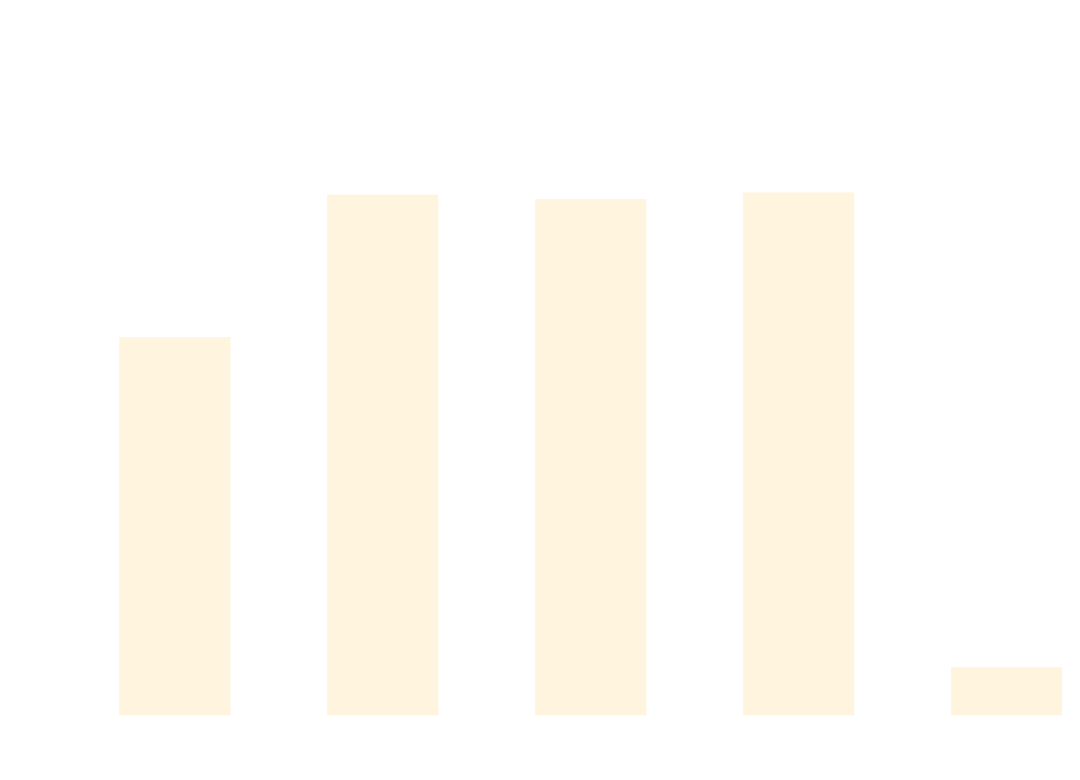
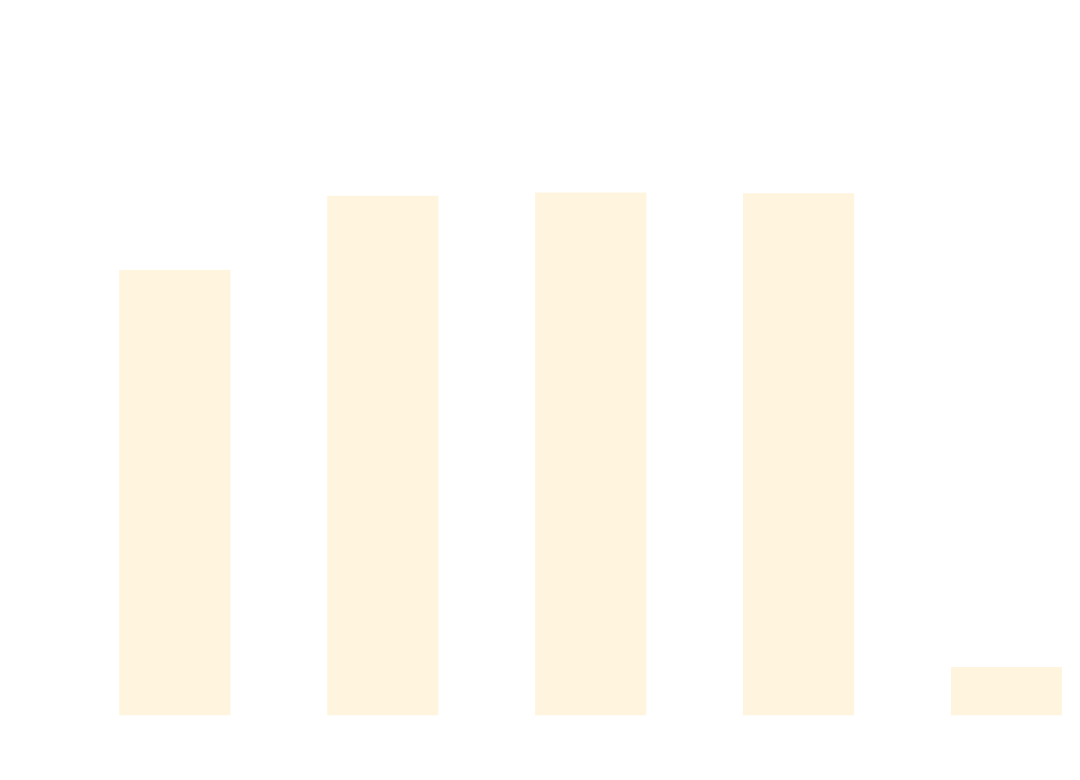
The diagram in docs/docs/benchmarks/ScaleTests.md (thomhurst/TUnit), drawn with Mermaid before and after one commit. The commit also changed other lines of this file and 17 other files, not shown here.

````diff
--- a/docs/docs/benchmarks/ScaleTests.md
+++ b/docs/docs/benchmarks/ScaleTests.md
@@ -27,37 +27,37 @@
 ```mermaid
 %%{init: {
   'theme':'base',
   'themeVariables': {
     'primaryColor': '#2563eb',
     'primaryTextColor': '#ffffff',
     'primaryBorderColor': '#1e40af',
     'lineColor': '#6b7280',
     'secondaryColor': '#7c3aed',
     'tertiaryColor': '#dc2626',
     'background': '#ffffff',
     'mainBkg': '#2563eb',
     'secondBkg': '#7c3aed',
     'tertiaryBkg': '#dc2626',
     'clusterBkg': '#f3f4f6',
     'edgeLabelBackground': '#ffffff',
     'tertiaryTextColor': '#1f2937',
     'pie1': '#2563eb',
     'pie2': '#7c3aed',
     'pie3': '#dc2626',
     'pie4': '#f59e0b',
     'pie5': '#10b981',
     'pie6': '#06b6d4',
     'pie7': '#ec4899',
     'pie8': '#6366f1',
     'pie9': '#84cc16',
     'pie10': '#f97316',
     'pie11': '#14b8a6',
     'pie12': '#a855f7'
   }
 }}%%
 xychart-beta
   title "ScaleTests Performance Comparison"
   x-axis ["TUnit", "NUnit", "MSTest", "xUnit3", "TUnit_AOT"]
-  y-axis "Time (ms)" 0 --> 826
-  bar [493.34, 685.29, 679.12, 688.01, 48.87]
+  y-axis "Time (ms)" 0 --> 739
+  bar [522.37, 611.57, 615.51, 614.63, 43.96]
 ```
````
